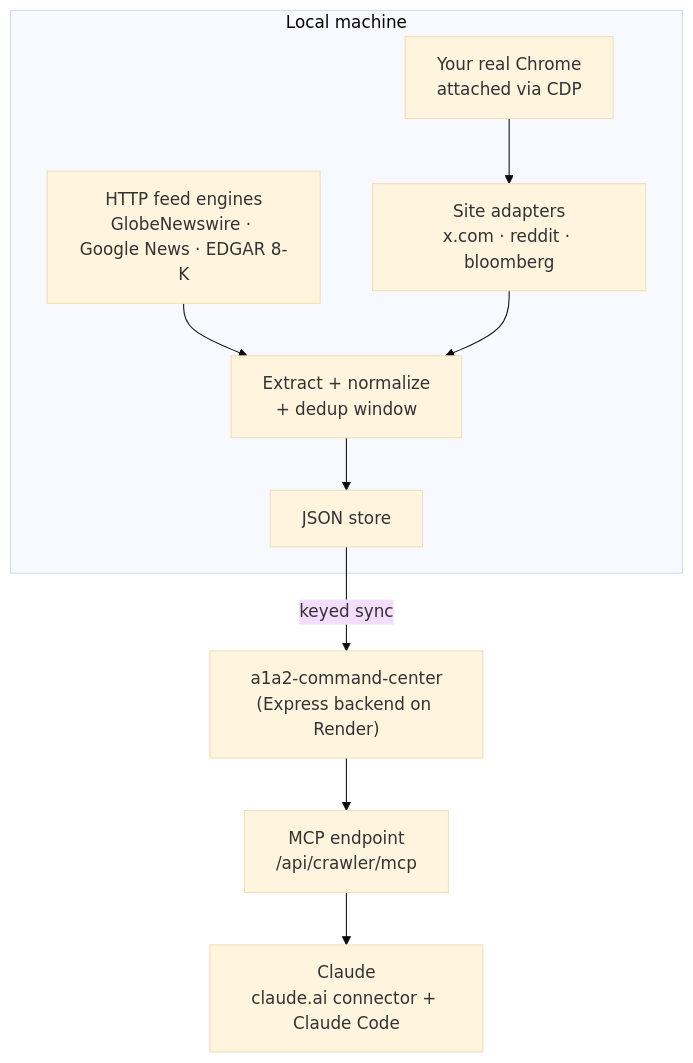
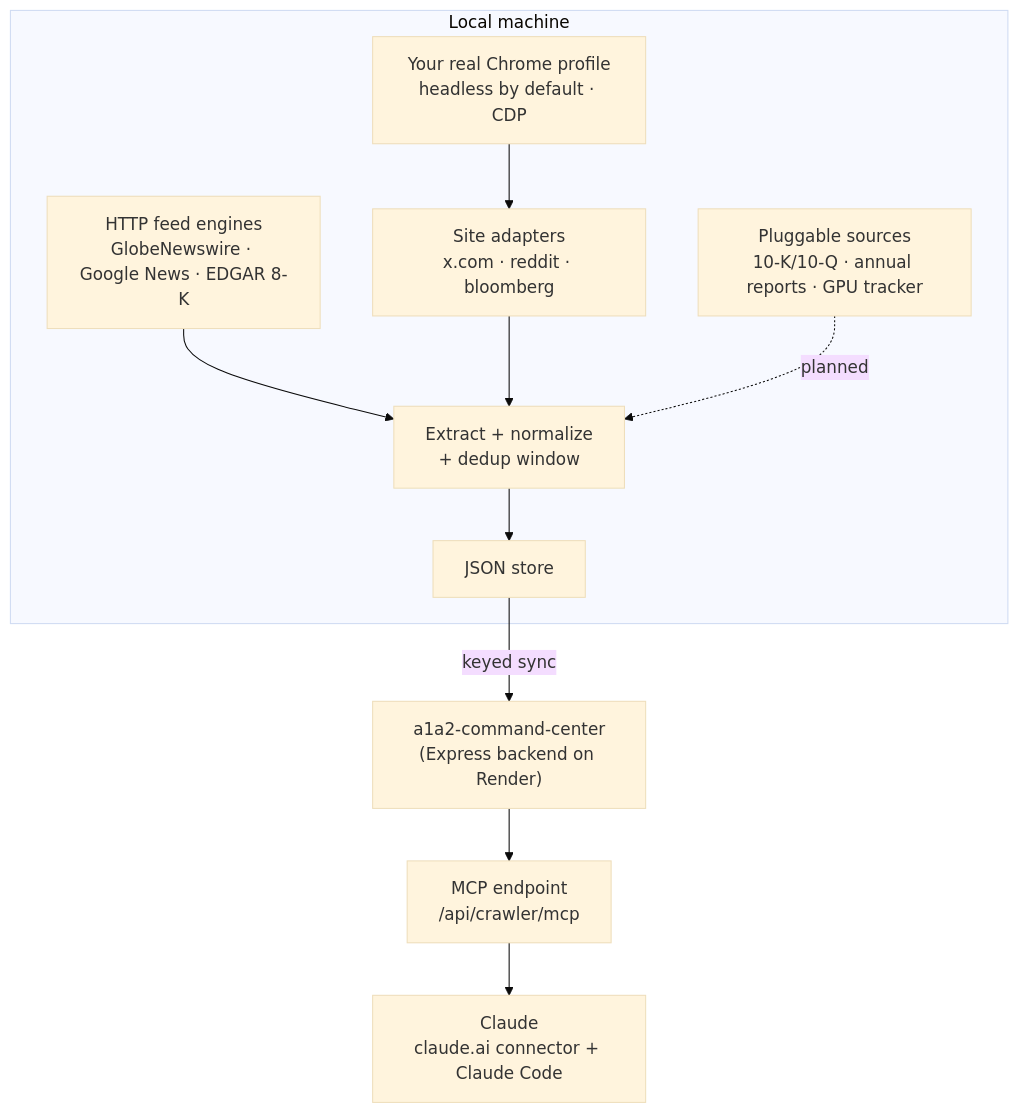
One commit to EF08/andy2_crawler changed the diagram in README.md. Above: the diagram before and after it, drawn with Mermaid (base theme). The commit also changed other lines of this file and 23 other files, not shown here.

First line of the commit message:
Run the crawler headless by default; keep the window out of the way when headed

````diff
--- a/README.md
+++ b/README.md
@@ -9,12 +9,13 @@
 ```mermaid
 flowchart TD
     subgraph local [Local machine]
-        A["Your real Chrome<br/>attached via CDP"] --> B["Site adapters<br/>x.com · reddit · bloomberg"]
+        A["Your real Chrome profile<br/>headless by default · CDP"] --> B["Site adapters<br/>x.com · reddit · bloomberg"]
         C["HTTP feed engines<br/>GlobeNewswire · Google News · EDGAR 8-K"] --> D
         B --> D["Extract + normalize<br/>+ dedup window"]
+        P["Pluggable sources<br/>10-K/10-Q · annual reports · GPU tracker"] -.planned.-> D
         D --> E["JSON store"]
     end
     E -->|keyed sync| F["a1a2-command-center<br/>(Express backend on Render)"]
     F --> G["MCP endpoint<br/>/api/crawler/mcp"]
     G --> H["Claude<br/>claude.ai connector + Claude Code"]
 ```
````
